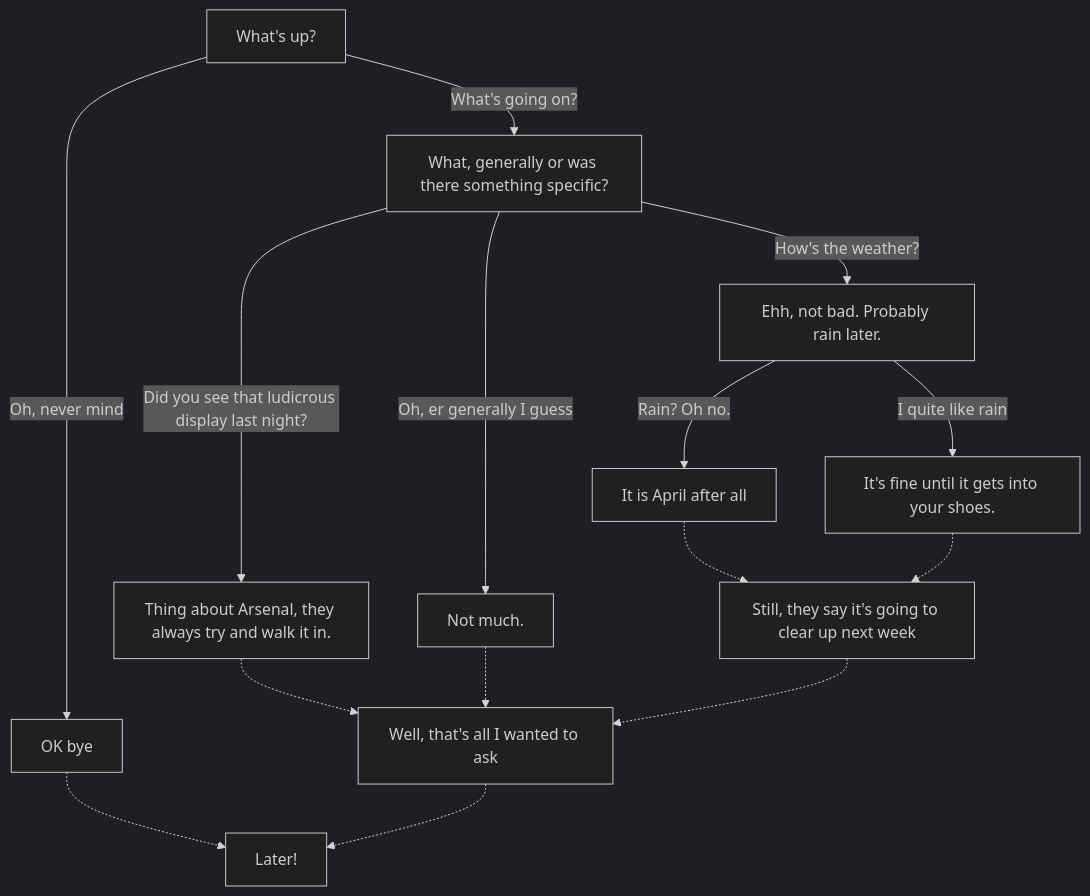
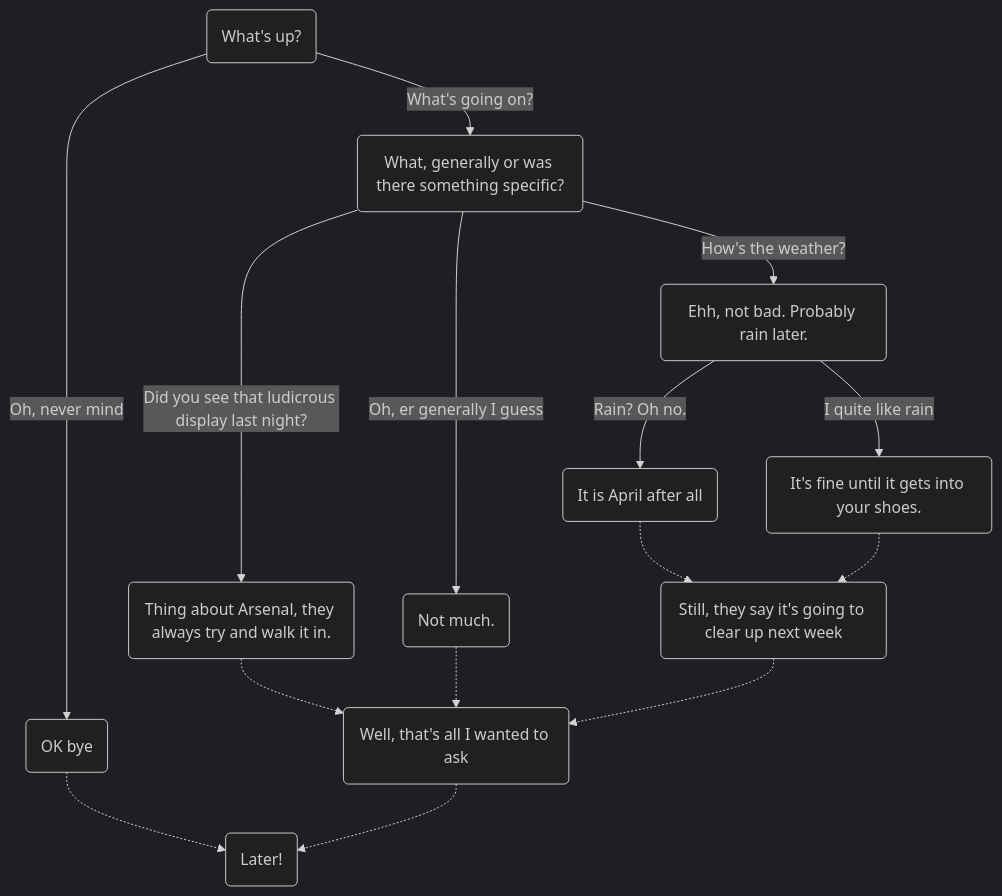
Before and after one commit to sinbad/SUDS: the second of 2 diagrams in docs/ChoiceLines.md, drawn with Mermaid (dark theme). The commit also changed other lines of this file, not shown here.

Commit message:
Prefer rounded corners in mermaid diagrams

````diff
--- a/docs/ChoiceLines.md
+++ b/docs/ChoiceLines.md
@@ -132,17 +143,17 @@
 ```mermaid
 flowchart TD
-  A[What's up?] -- What's going on? --> B[What, generally or was there something specific?];
-  A -- Oh, never mind --> C[OK bye];
-  C -.-> Z[Later!]
-  B -- Oh, er generally I guess --> D[Not much.];
-  B -- How's the weather? --> E[Ehh, not bad. Probably rain later.];
-  E -- Rain? Oh no. --> F[It is April after all];
-  E -- I quite like rain --> G[It's fine until it gets into your shoes.];
-  B -- Did you see that ludicrous display last night? --> H[Thing about Arsenal, they always try and walk it in.];
-  F -.-> Y[Still, they say it's going to clear up next week];
-  H -.-> X[Well, that's all I wanted to ask];
+  A(What's up?) -- What's going on? --> B(What, generally or was there something specific?);
+  A -- Oh, never mind --> C(OK bye);
+  C -.-> Z(Later!)
+  B -- Oh, er generally I guess --> D(Not much.);
+  B -- How's the weather? --> E(Ehh, not bad. Probably rain later.);
+  E -- Rain? Oh no. --> F(It is April after all);
+  E -- I quite like rain --> G(It's fine until it gets into your shoes.);
+  B -- Did you see that ludicrous display last night? --> H(Thing about Arsenal, they always try and walk it in.);
+  F -.-> Y(Still, they say it's going to clear up next week);
+  H -.-> X(Well, that's all I wanted to ask);
   D -.-> X;
   G -.-> Y;
   Y -.-> X;
   X -.-> Z;
 ```
````
